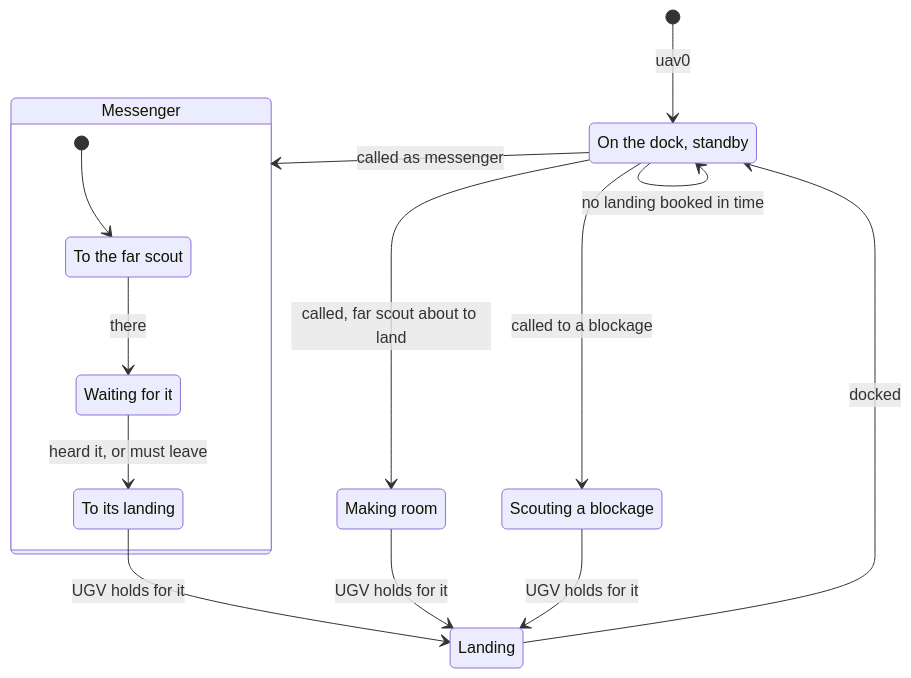
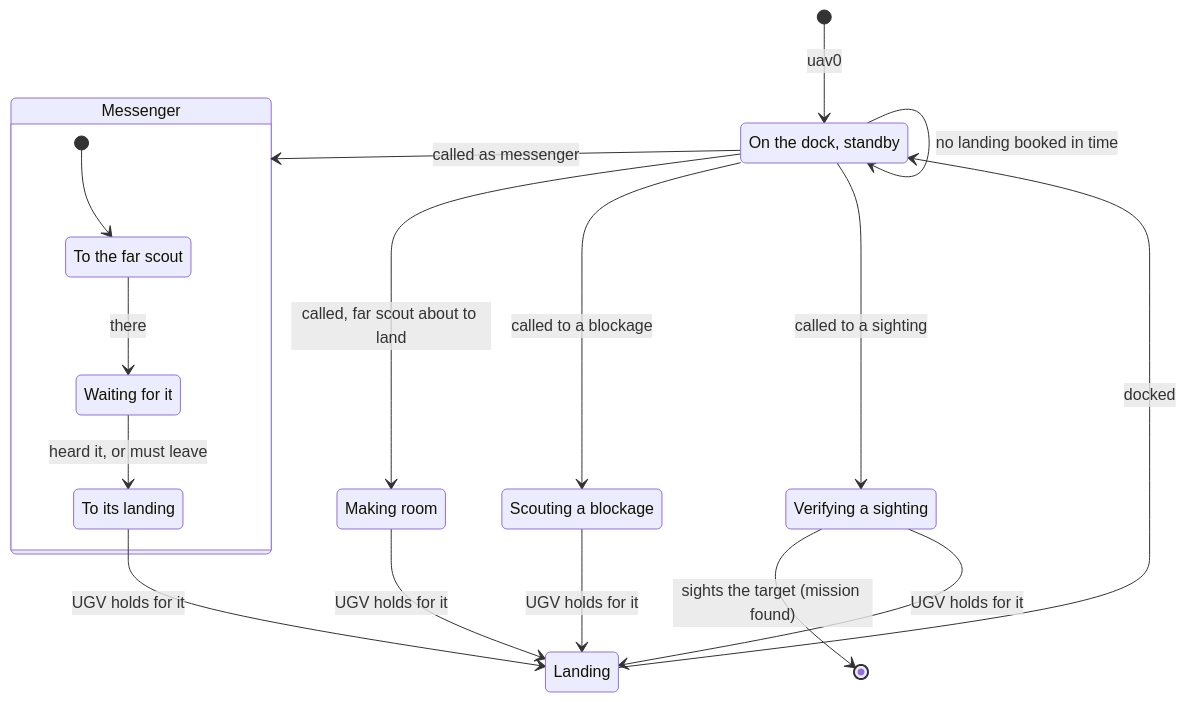
Before and after one commit to chiaxr/MarsupialSearch: the fourth of 5 diagrams in controllers.md, drawn with Mermaid. The commit also changed other lines of this file and 13 other files, not shown here.

````diff
--- a/controllers.md
+++ b/controllers.md
@@ -307,25 +366,29 @@
 ```mermaid
 stateDiagram-v2
     state "On the dock, standby" as OnDock
     state "Making room" as Room
     state "Scouting a blockage" as Scout
+    state "Verifying a sighting" as Verify
     state "Landing" as Landing
     state "Messenger" as Msg {
         state "To the far scout" as ToPoint
         state "Waiting for it" as Waiting
         state "To its landing" as ToLanding
         [*] --> ToPoint
         ToPoint --> Waiting : there
         Waiting --> ToLanding : heard it, or must leave
     }
 
     [*] --> OnDock : uav0
     OnDock --> Room : called, far scout about to land
     OnDock --> Scout : called to a blockage
     OnDock --> Msg : called as messenger
+    OnDock --> Verify : called to a sighting
+    Verify --> [*] : sights the target (mission found)
+    Verify --> Landing : UGV holds for it
     OnDock --> OnDock : no landing booked in time
     Room --> Landing : UGV holds for it
     Scout --> Landing : UGV holds for it
     ToLanding --> Landing : UGV holds for it
     Landing --> OnDock : docked
 ```
````
